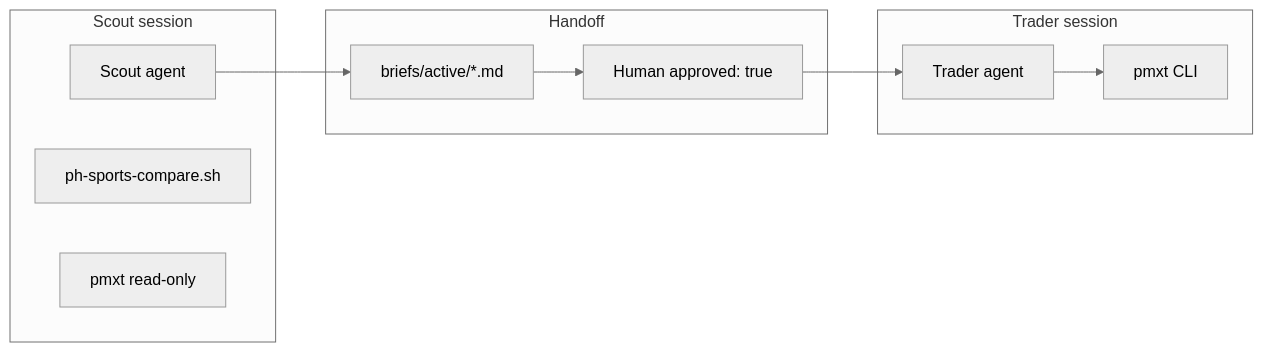
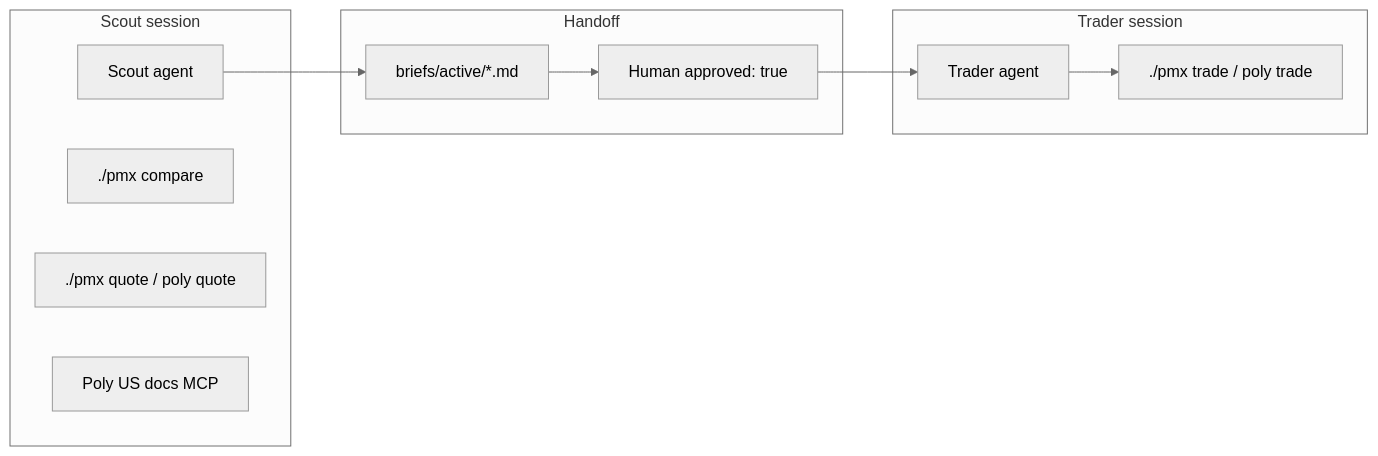
One commit to AbsCodeX/pmxtrader changed the diagram in docs/multi-agent.md. Above: the diagram before and after it, drawn with Mermaid (neutral theme). The commit also changed other lines of this file and 61 other files, not shown here.

````diff
--- a/docs/multi-agent.md
+++ b/docs/multi-agent.md
@@ -7,17 +7,18 @@
 ```mermaid
 flowchart LR
   subgraph research [Scout session]
     S[Scout agent]
-    PH[ph-sports-compare.sh]
-    PMXTread[pmxt read-only]
+    PH[./pmx compare]
+    PMXTread[./pmx quote / poly quote]
+    DOCS[Poly US docs MCP]
   end
   subgraph handoff [Handoff]
     B[briefs/active/*.md]
     H[Human approved: true]
   end
   subgraph execute [Trader session]
     T[Trader agent]
-    CLI[pmxt CLI]
+    CLI[./pmx trade / poly trade]
   end
   S --> B --> H --> T --> CLI
 ```
````
